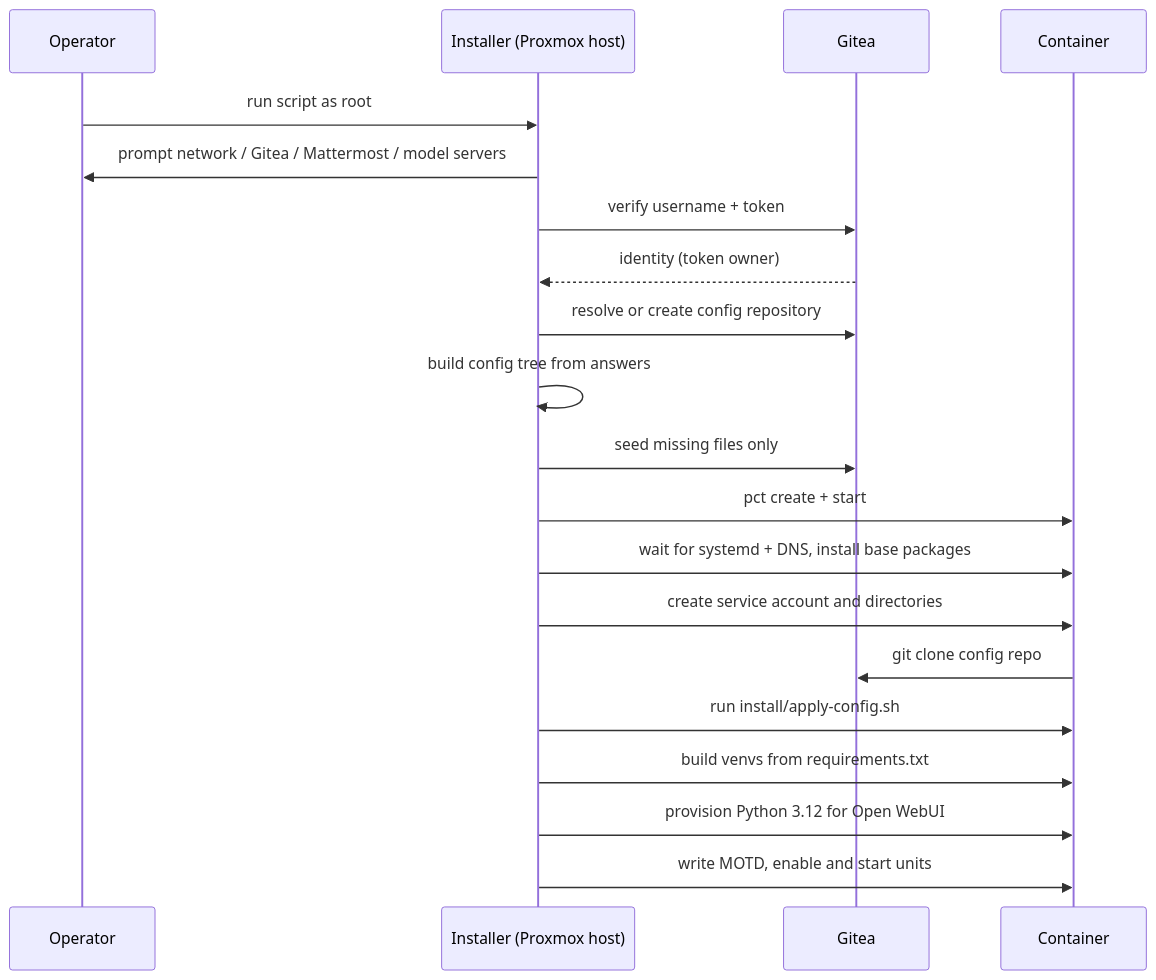
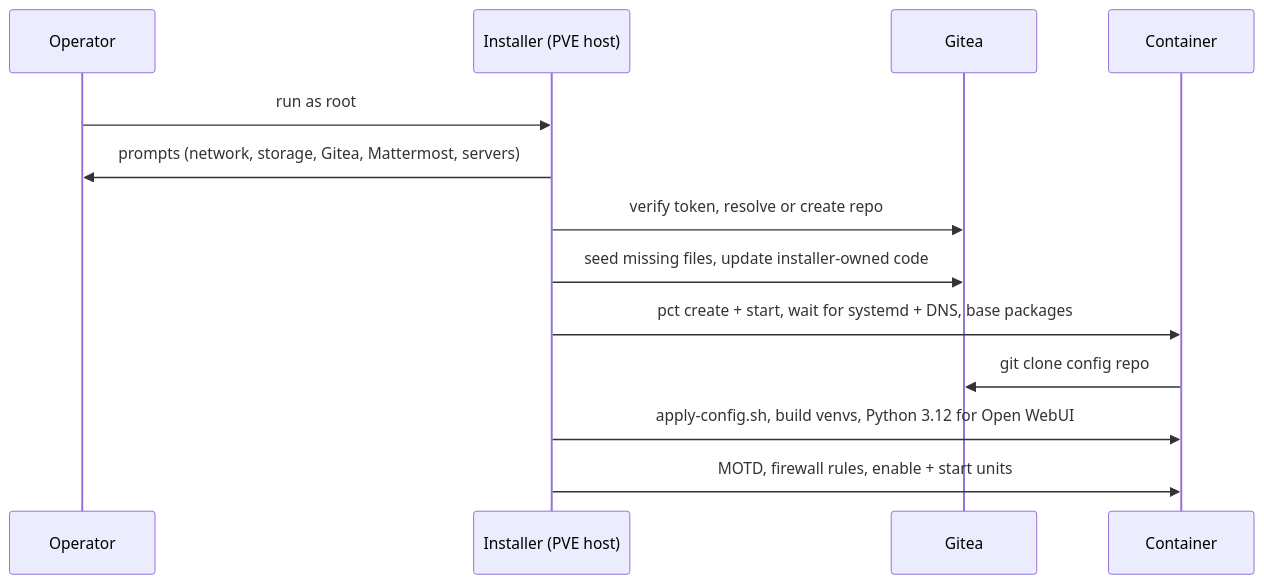
Before and after one commit to wwarren/osr: the fourth of 4 diagrams in ARCHITECTURE.md, drawn with Mermaid. The commit also changed other lines of this file and 55 other files, not shown here.

````diff
--- a/ARCHITECTURE.md
+++ b/ARCHITECTURE.md
@@ -420,23 +344,15 @@
 ```mermaid
 sequenceDiagram
     participant Op as Operator
-    participant I as Installer (Proxmox host)
+    participant I as Installer (PVE host)
     participant G as Gitea
     participant CT as Container
-
-    Op->>I: run script as root
-    I->>Op: prompt network / Gitea / Mattermost / model servers
-    I->>G: verify username + token
-    G-->>I: identity (token owner)
-    I->>G: resolve or create config repository
-    I->>I: build config tree from answers
-    I->>G: seed missing files only
-    I->>CT: pct create + start
-    I->>CT: wait for systemd + DNS, install base packages
-    I->>CT: create service account and directories
+    Op->>I: run as root
+    I->>Op: prompts (network, storage, Gitea, Mattermost, servers)
+    I->>G: verify token, resolve or create repo
+    I->>G: seed missing files, update installer-owned code
+    I->>CT: pct create + start, wait for systemd + DNS, base packages
     CT->>G: git clone config repo
-    I->>CT: run install/apply-config.sh
-    I->>CT: build venvs from requirements.txt
-    I->>CT: provision Python 3.12 for Open WebUI
-    I->>CT: write MOTD, enable and start units
+    I->>CT: apply-config.sh, build venvs, Python 3.12 for Open WebUI
+    I->>CT: MOTD, firewall rules, enable + start units
 ```
````
